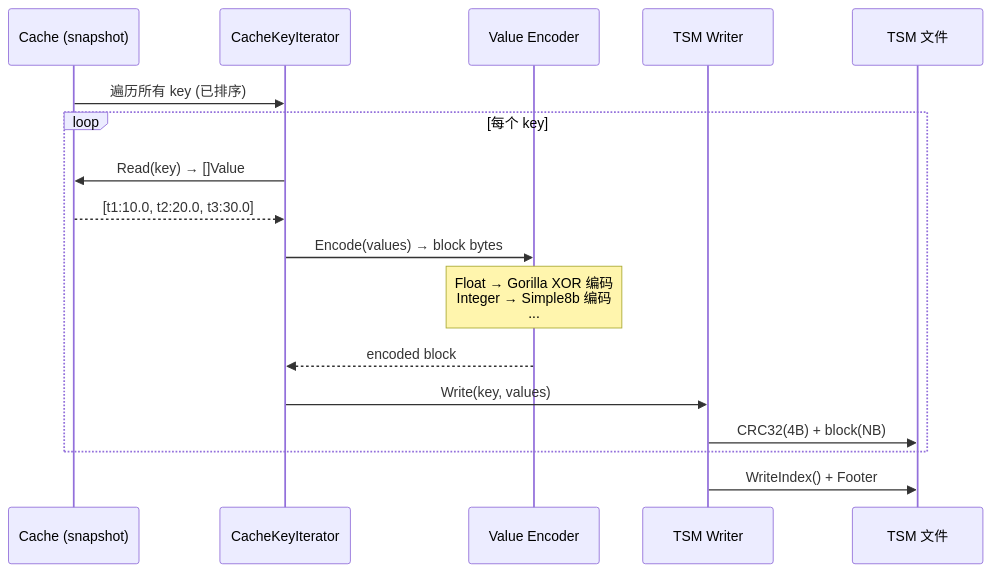
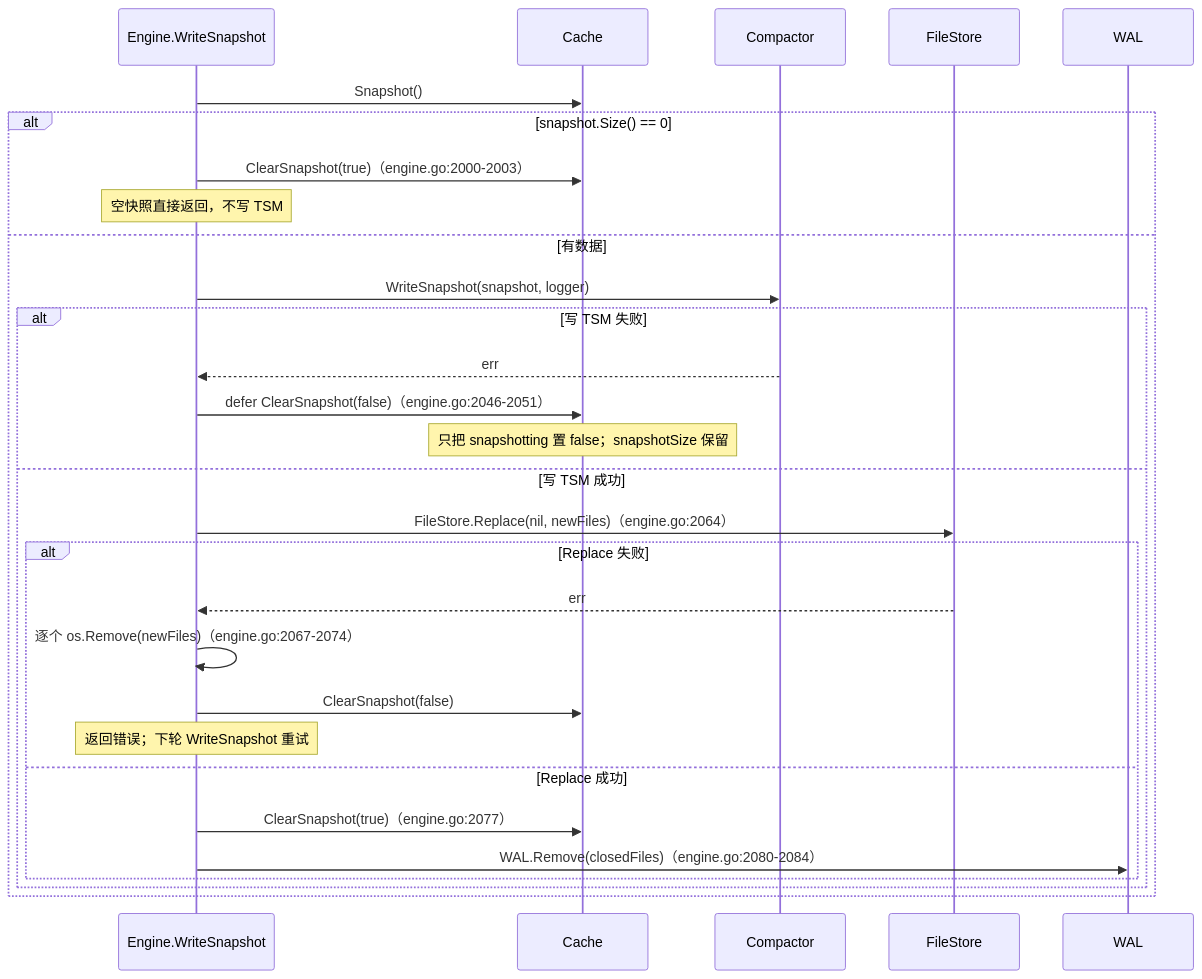
Diagram 12 of 20 in docs/specs/01_write_engine_spec.md (stefanv5/influxdb), drawn with Mermaid before and after one commit. The commit also changed other lines of this file and 16 other files, not shown here.

First line of the commit message:
docs: correct and deepen the 17 architecture specs

````diff
--- a/docs/specs/01_write_engine_spec.md
+++ b/docs/specs/01_write_engine_spec.md
@@ -1407,24 +1738,32 @@
 ```mermaid
 sequenceDiagram
-    participant Cache as Cache (snapshot)
-    participant CKI as CacheKeyIterator
-    participant Encoder as Value Encoder
-    participant Writer as TSM Writer
-    participant Disk as TSM 文件
+    participant E as Engine.WriteSnapshot
+    participant C as Cache
+    participant Comp as Compactor
+    participant FS as FileStore
+    participant WAL as WAL
 
-    Cache->>CKI: 遍历所有 key (已排序)
-    loop 每个 key
-        CKI->>Cache: Read(key) → []Value
-        Cache-->>CKI: [t1:10.0, t2:20.0, t3:30.0]
-
-        CKI->>Encoder: Encode(values) → block bytes
-        Note over Encoder: Float → Gorilla XOR 编码<br>Integer → Simple8b 编码<br>...
-
-        Encoder-->>CKI: encoded block
-
-        CKI->>Writer: Write(key, values)
-        Writer->>Disk: CRC32(4B) + block(NB)
+    E->>C: Snapshot()
+    alt snapshot.Size() == 0
+        E->>C: ClearSnapshot(true)（engine.go:2000-2003）
+        Note over E: 空快照直接返回，不写 TSM
+    else 有数据
+        E->>Comp: WriteSnapshot(snapshot, logger)
+        alt 写 TSM 失败
+            Comp-->>E: err
+            E->>C: defer ClearSnapshot(false)（engine.go:2046-2051）
+            Note over C: 只把 snapshotting 置 false；snapshotSize 保留
+        else 写 TSM 成功
+            E->>FS: FileStore.Replace(nil, newFiles)（engine.go:2064）
+            alt Replace 失败
+                FS-->>E: err
+                E->>E: 逐个 os.Remove(newFiles)（engine.go:2067-2074）
+                E->>C: ClearSnapshot(false)
+                Note over E: 返回错误；下轮 WriteSnapshot 重试
+            else Replace 成功
+                E->>C: ClearSnapshot(true)（engine.go:2077）
+                E->>WAL: WAL.Remove(closedFiles)（engine.go:2080-2084）
+            end
+        end
     end
-
-    Writer->>Disk: WriteIndex() + Footer
 ```
````
